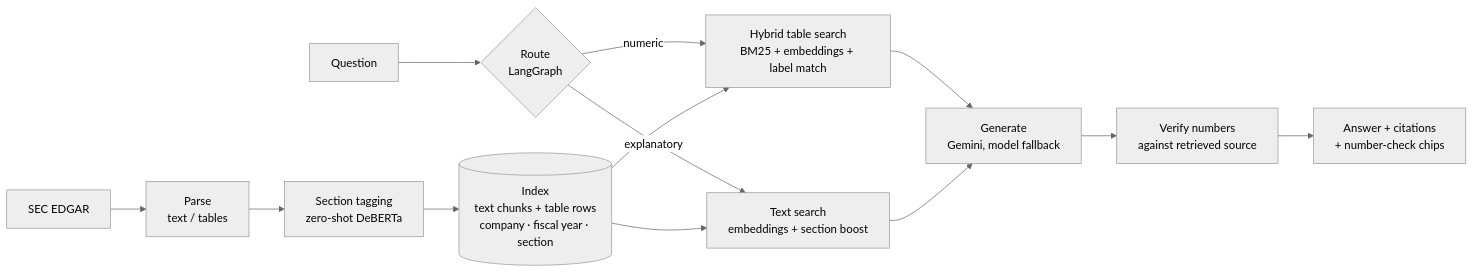
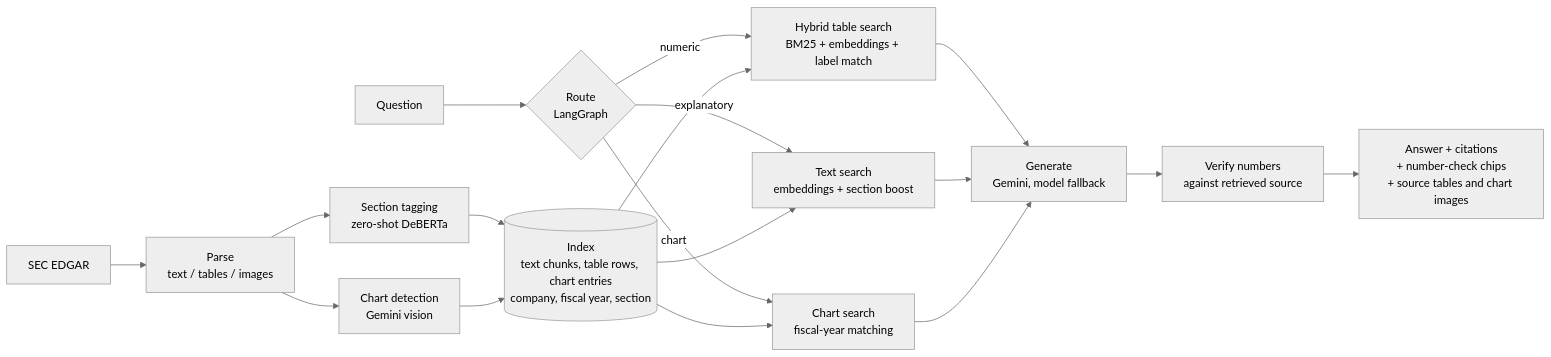
The diagram in README.md (brindapalanimuthu/FilingLens), drawn with Mermaid (neutral theme) before and after one commit. The commit also changed other lines of this file, not shown here.

Commit message:
README: chart retrieval, 39-question eval, build order, limitations

````diff
--- a/README.md
+++ b/README.md
@@ -26,15 +28,20 @@
 ```mermaid
 flowchart LR
-    A[SEC EDGAR] --> B[Parse<br/>text / tables]
+    A[SEC EDGAR] --> B[Parse<br/>text / tables / images]
     B --> C[Section tagging<br/>zero-shot DeBERTa]
-    C --> D[(Index<br/>text chunks + table rows<br/>company · fiscal year · section)]
+    B --> I[Chart detection<br/>Gemini vision]
+    C --> D[(Index<br/>text chunks, table rows, chart entries<br/>company, fiscal year, section)]
+    I --> D
     Q[Question] --> R{Route<br/>LangGraph}
     R -->|numeric| T[Hybrid table search<br/>BM25 + embeddings + label match]
     R -->|explanatory| X[Text search<br/>embeddings + section boost]
+    R -->|chart| H[Chart search<br/>fiscal-year matching]
     D --> T
     D --> X
+    D --> H
     T --> G[Generate<br/>Gemini, model fallback]
     X --> G
+    H --> G
     G --> V[Verify numbers<br/>against retrieved source]
-    V --> O[Answer + citations<br/>+ number-check chips]
+    V --> O[Answer + citations<br/>+ number-check chips<br/>+ source tables and chart images]
 ```
````
